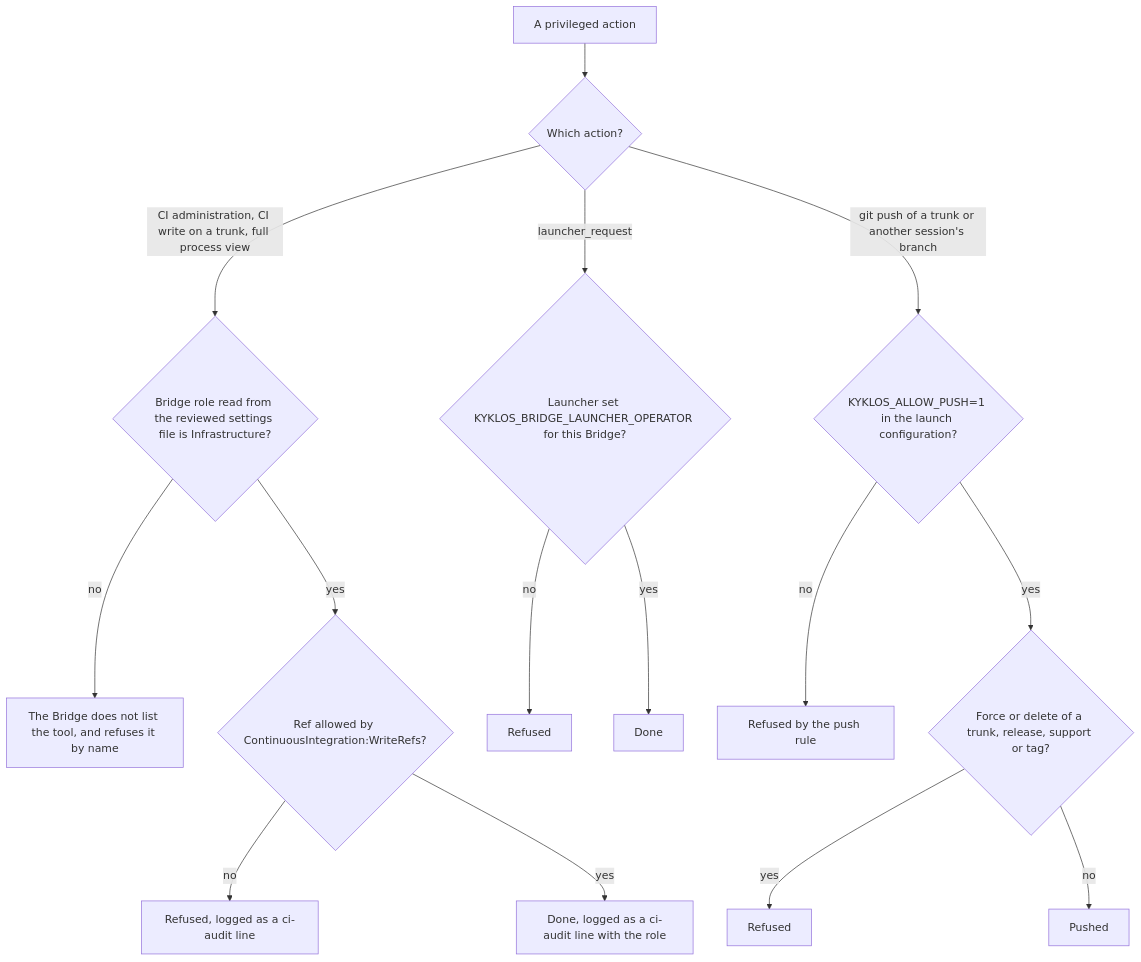
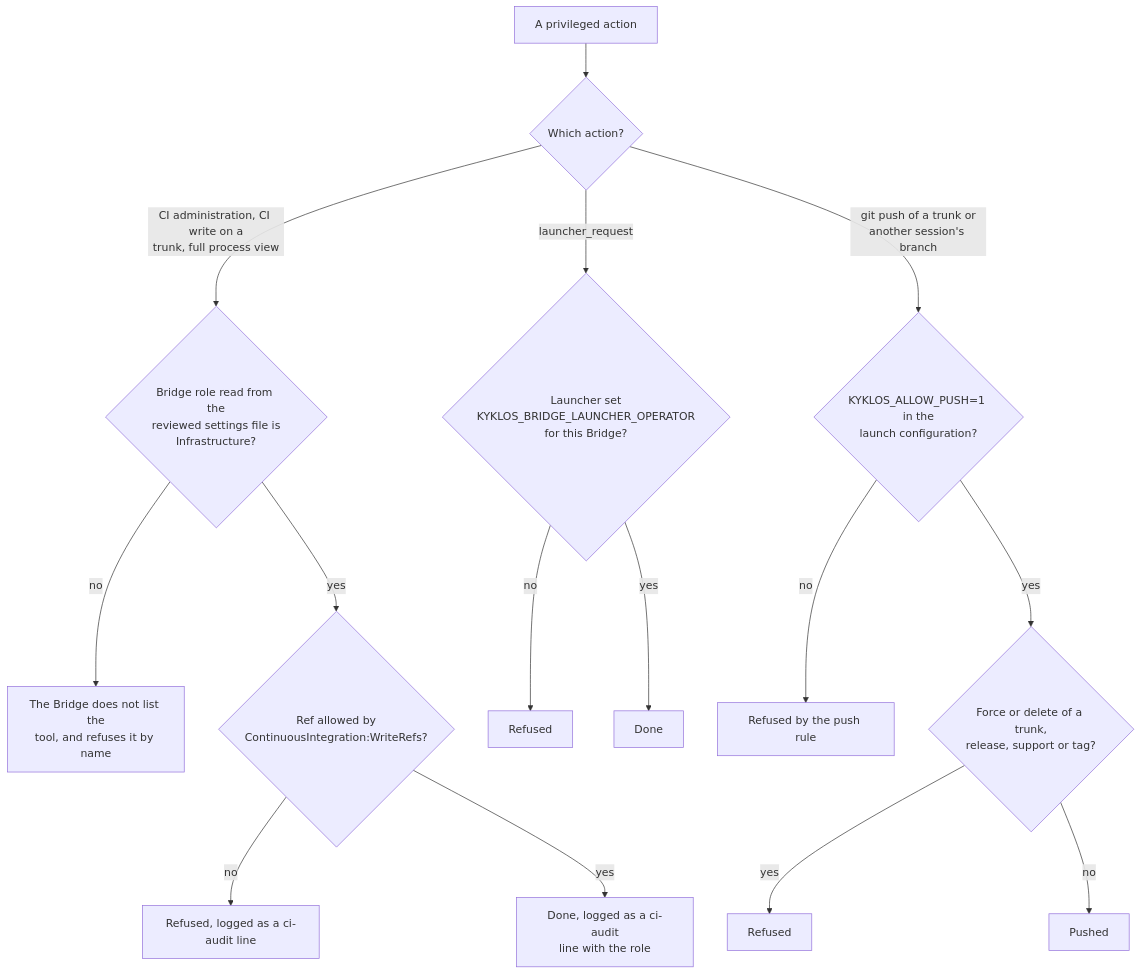
One commit to DogmaSolutions/Kyklos changed the diagram in docs/INFRASTRUCTURE_SESSION.md. Above: the diagram before and after it, drawn with Mermaid. The commit also changed 38 other files, not shown here.

````diff
--- a/docs/INFRASTRUCTURE_SESSION.md
+++ b/docs/INFRASTRUCTURE_SESSION.md
@@ -41,17 +41,17 @@
 ```mermaid
 flowchart TD
     A["A privileged action"] --> K{"Which action?"}
-    K -->|"CI administration, CI write on a trunk, full process view"| B{"Bridge role read from the reviewed settings file is Infrastructure?"}
-    B -->|"no"| X1["The Bridge does not list the tool, and refuses it by name"]
-    B -->|"yes"| W{"Ref allowed by ContinuousIntegration:WriteRefs?"}
+    K -->|"CI administration, CI write on a<br/>trunk, full process view"| B{"Bridge role read from the<br/>reviewed settings file is<br/>Infrastructure?"}
+    B -->|"no"| X1["The Bridge does not list the<br/>tool, and refuses it by name"]
+    B -->|"yes"| W{"Ref allowed by<br/>ContinuousIntegration:WriteRefs?"}
     W -->|"no"| X2["Refused, logged as a ci-audit line"]
-    W -->|"yes"| OK1["Done, logged as a ci-audit line with the role"]
-    K -->|"launcher_request"| L{"Launcher set KYKLOS_BRIDGE_LAUNCHER_OPERATOR for this Bridge?"}
+    W -->|"yes"| OK1["Done, logged as a ci-audit<br/>line with the role"]
+    K -->|"launcher_request"| L{"Launcher set<br/>KYKLOS_BRIDGE_LAUNCHER_OPERATOR<br/>for this Bridge?"}
     L -->|"no"| X3["Refused"]
     L -->|"yes"| OK2["Done"]
-    K -->|"git push of a trunk or another session's branch"| P{"KYKLOS_ALLOW_PUSH=1 in the launch configuration?"}
+    K -->|"git push of a trunk or<br/>another session's branch"| P{"KYKLOS_ALLOW_PUSH=1 in the<br/>launch configuration?"}
     P -->|"no"| X4["Refused by the push rule"]
-    P -->|"yes"| F{"Force or delete of a trunk, release, support or tag?"}
+    P -->|"yes"| F{"Force or delete of a trunk,<br/>release, support or tag?"}
     F -->|"yes"| X5["Refused"]
     F -->|"no"| OK3["Pushed"]
 ```
````
